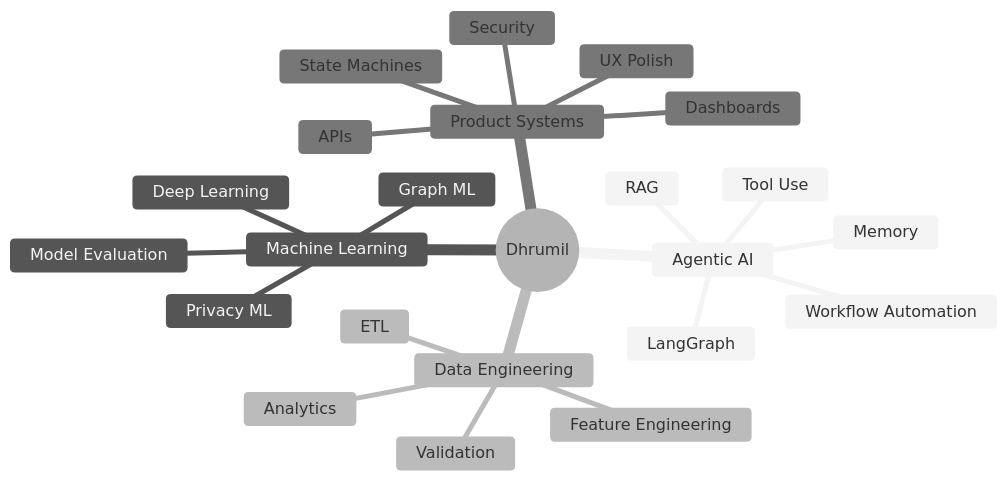
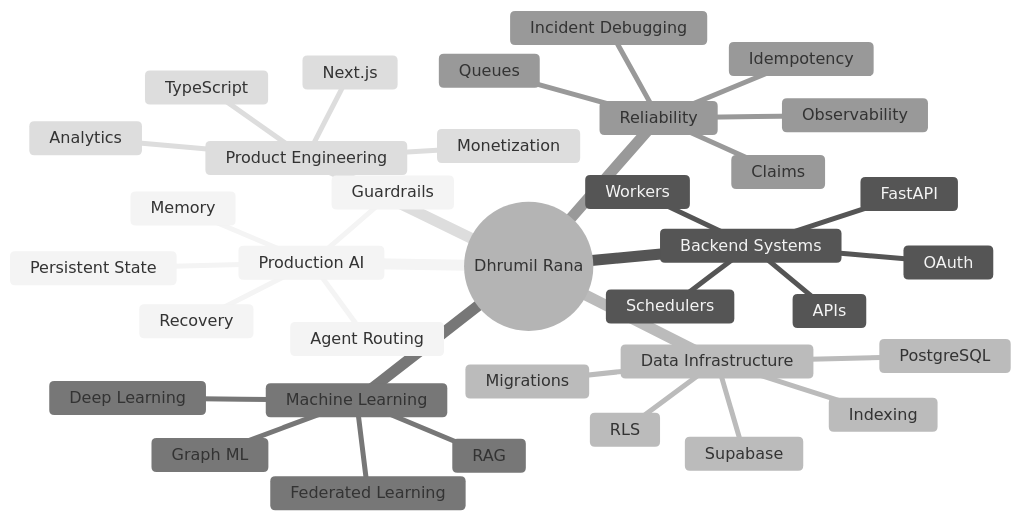
One commit to dhrumilrana25/dhrumilrana25 changed the second of 2 diagrams in README.md. Above: the diagram before and after it, drawn with Mermaid (neutral theme). The commit also changed other lines of this file, not shown here.

````diff
--- a/README.md
+++ b/README.md
@@ -681,26 +790,38 @@
 ```mermaid
 mindmap
-  root((Dhrumil))
-    Agentic AI
-      LangGraph
-      RAG
-      Workflow Automation
-      Tool Use
+  root((Dhrumil Rana))
+    Production AI
+      Agent Routing
+      Persistent State
       Memory
+      Guardrails
+      Recovery
+    Backend Systems
+      FastAPI
+      Workers
+      Schedulers
+      APIs
+      OAuth
+    Data Infrastructure
+      PostgreSQL
+      Supabase
+      Indexing
+      Migrations
+      RLS
     Machine Learning
       Graph ML
+      Federated Learning
       Deep Learning
-      Privacy ML
-      Model Evaluation
-    Data Engineering
-      ETL
-      Feature Engineering
-      Validation
+      RAG
+    Reliability
+      Idempotency
+      Claims
+      Queues
+      Observability
+      Incident Debugging
+    Product Engineering
+      Next.js
+      TypeScript
       Analytics
-    Product Systems
-      Dashboards
-      APIs
-      State Machines
-      Security
-      UX Polish
+      Monetization
 ```
````
